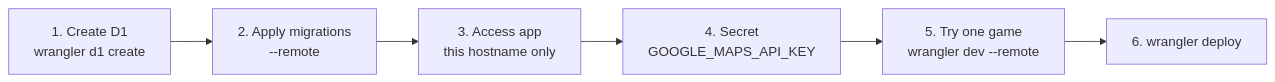
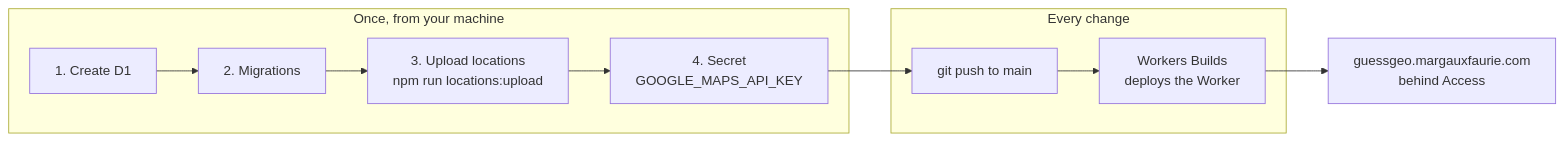
One commit to margaux-faurie/geoguess changed the fifth of 5 diagrams in README.md. Above: the diagram before and after it, drawn with Mermaid. The commit also changed other lines of this file and 10 other files, not shown here.

First line of the commit message:
Locations in D1, so the Worker builds and deploys from the repo

````diff
--- a/README.md
+++ b/README.md
@@ -211,8 +213,13 @@
 ```mermaid
 flowchart LR
-  d1["1. Create D1<br/>wrangler d1 create"] --> mig["2. Apply migrations<br/>--remote"]
-  mig --> acc["3. Access app<br/>this hostname only"]
-  acc --> key["4. Secret<br/>GOOGLE_MAPS_API_KEY"]
-  key --> check["5. Try one game<br/>wrangler dev --remote"]
-  check --> deploy["6. wrangler deploy"]
+  subgraph once["Once, from your machine"]
+    d1["1. Create D1"] --> mig["2. Migrations"]
+    mig --> up["3. Upload locations<br/>npm run locations:upload"]
+    up --> key["4. Secret<br/>GOOGLE_MAPS_API_KEY"]
+  end
+  subgraph every["Every change"]
+    push["git push to main"] --> build["Workers Builds<br/>deploys the Worker"]
+  end
+  key --> push
+  build --> site["guessgeo.margauxfaurie.com<br/>behind Access"]
 ```
````
